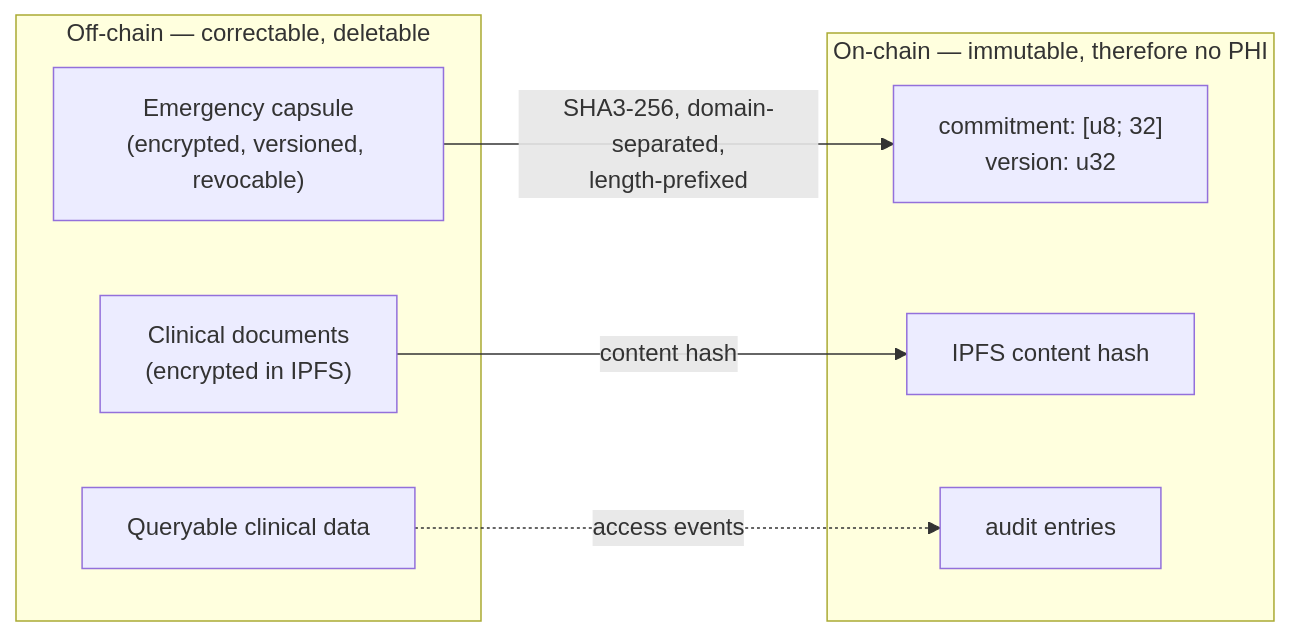
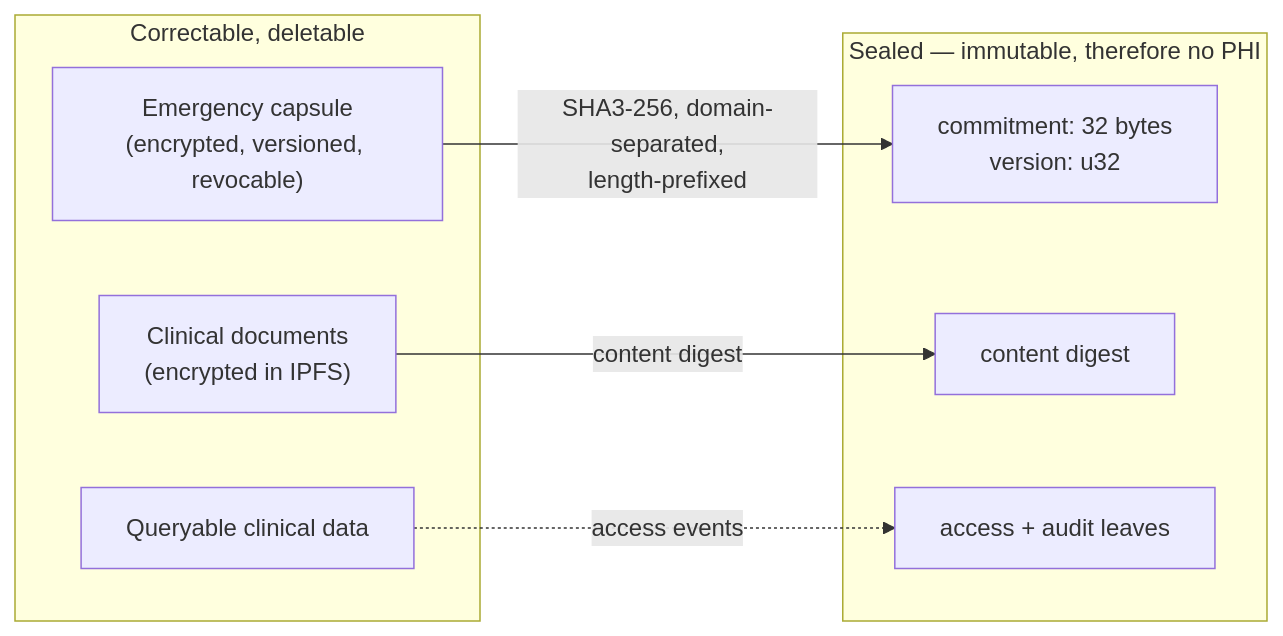
The fifth of 9 diagrams in docs/architecture.md (Lukau-Tech-Invasion/medichain), drawn with Mermaid before and after one commit. The commit also changed other lines of this file and 244 other files, not shown here.

````diff
--- a/docs/architecture.md
+++ b/docs/architecture.md
@@ -247,18 +242,18 @@
 ```mermaid
 flowchart LR
-    subgraph offchain["Off-chain — correctable, deletable"]
+    subgraph live["Correctable, deletable"]
         CAP["Emergency capsule<br/>(encrypted, versioned, revocable)"]
         DOC["Clinical documents<br/>(encrypted in IPFS)"]
         CLIN["Queryable clinical data"]
     end
 
-    subgraph onchain["On-chain — immutable, therefore no PHI"]
-        COMMIT["commitment: [u8; 32]<br/>version: u32"]
-        IHASH["IPFS content hash"]
-        AUD["audit entries"]
+    subgraph sealed["Sealed — immutable, therefore no PHI"]
+        COMMIT["commitment: 32 bytes<br/>version: u32"]
+        IHASH["content digest"]
+        AUD["access + audit leaves"]
     end
 
     CAP -->|"SHA3-256, domain-separated,<br/>length-prefixed"| COMMIT
-    DOC -->|"content hash"| IHASH
+    DOC -->|"content digest"| IHASH
     CLIN -.->|"access events"| AUD
 ```
````
